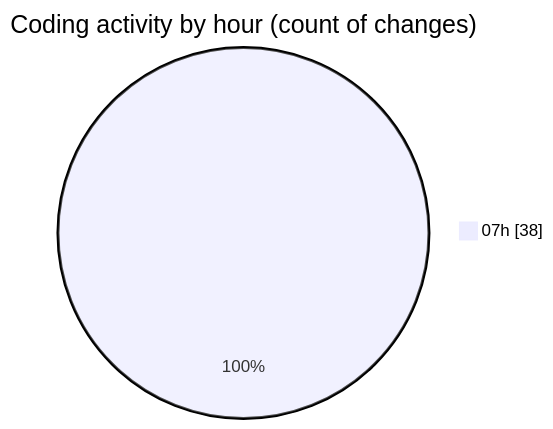
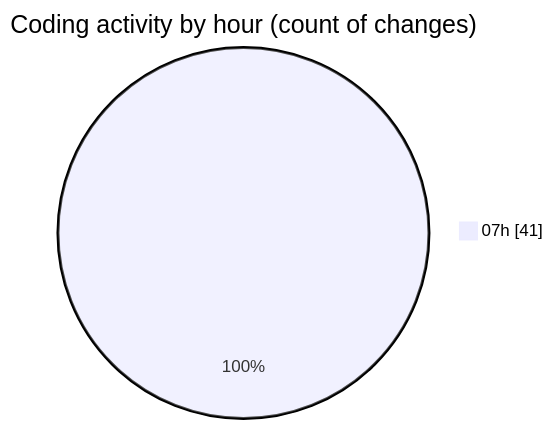
The second of 2 diagrams in 2025-01-17/mbc-web/README.md (robertbonfada/code-tracking), drawn with Mermaid before and after one commit. The commit also changed other lines of this file and 1 other file, not shown here.

````diff
--- a/2025-01-17/mbc-web/README.md
+++ b/2025-01-17/mbc-web/README.md
@@ -41,5 +41,5 @@
 ```mermaid
 pie showData
 title Coding activity by hour (count of changes)
-"07h" : 38
+"07h" : 41
 ```
````
